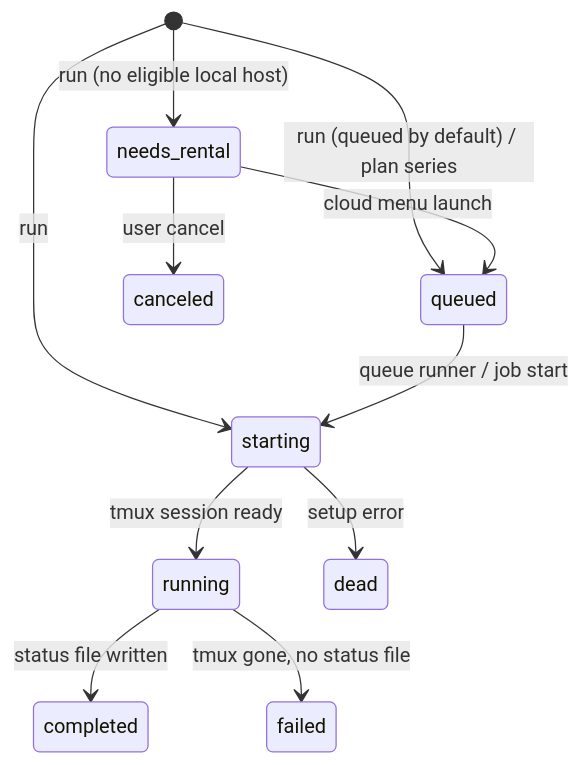
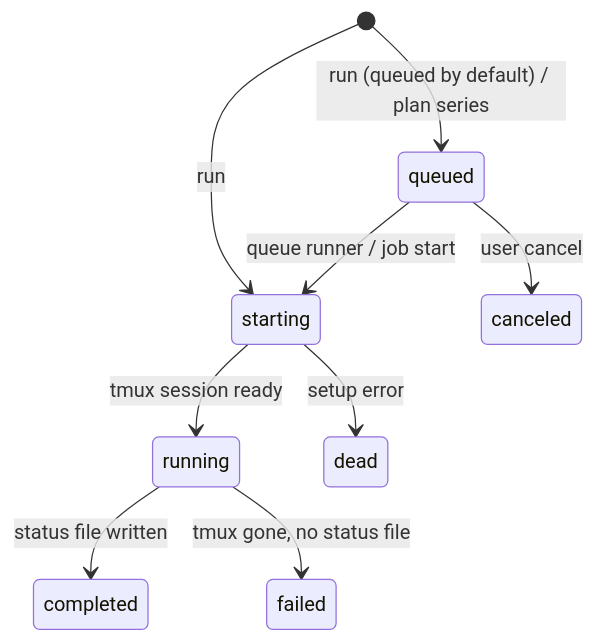
The first of 2 diagrams in docs/architecture.md (osteele/weft), drawn with Mermaid before and after one commit. The commit also changed other lines of this file and 26 other files, not shown here.

First line of the commit message:
refactor: replace needs_rental status with derived unplaced state

````diff
--- a/docs/architecture.md
+++ b/docs/architecture.md
@@ -81,13 +80,11 @@
 ```mermaid
 stateDiagram-v2
     [*] --> queued : run (queued by default) / plan series
     [*] --> starting : run
-    [*] --> needs_rental : run (no eligible local host)
     queued --> starting : queue runner / job start
-    needs_rental --> queued : cloud menu launch
-    needs_rental --> canceled : user cancel
+    queued --> canceled : user cancel
     starting --> running : tmux session ready
     starting --> dead : setup error
     running --> completed : status file written
     running --> failed : tmux gone, no status file
 ```
````
